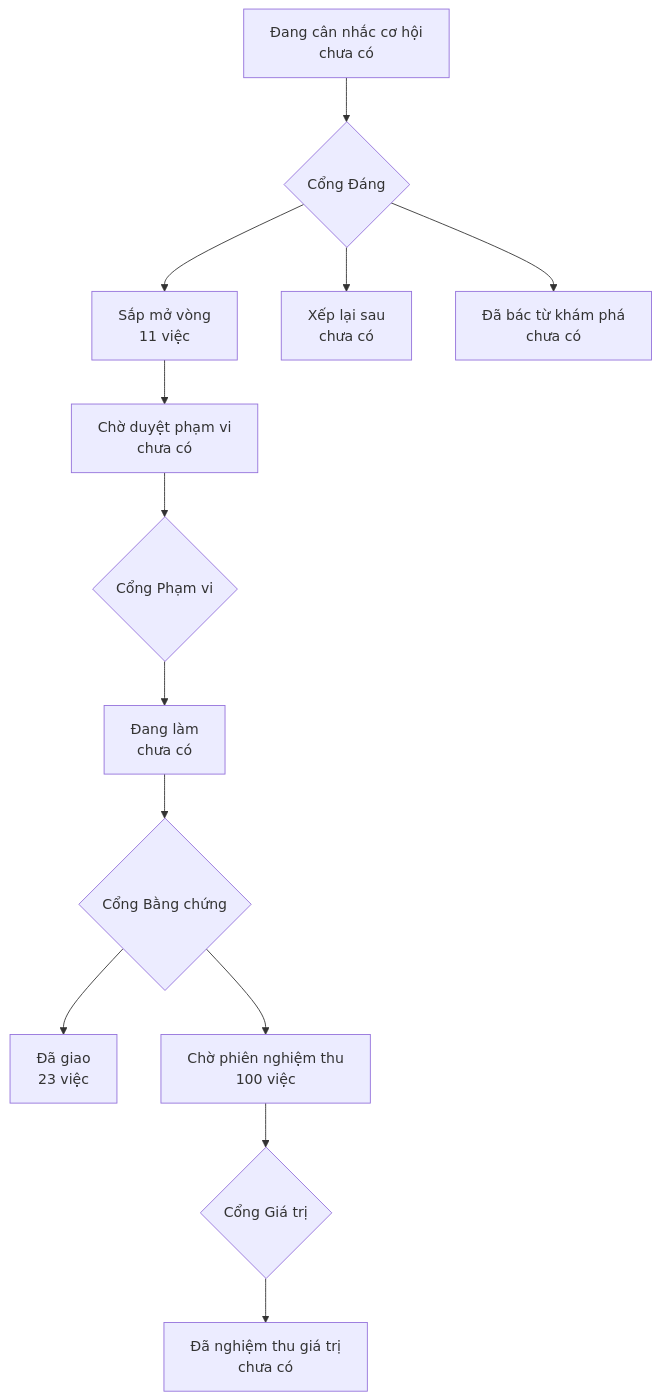
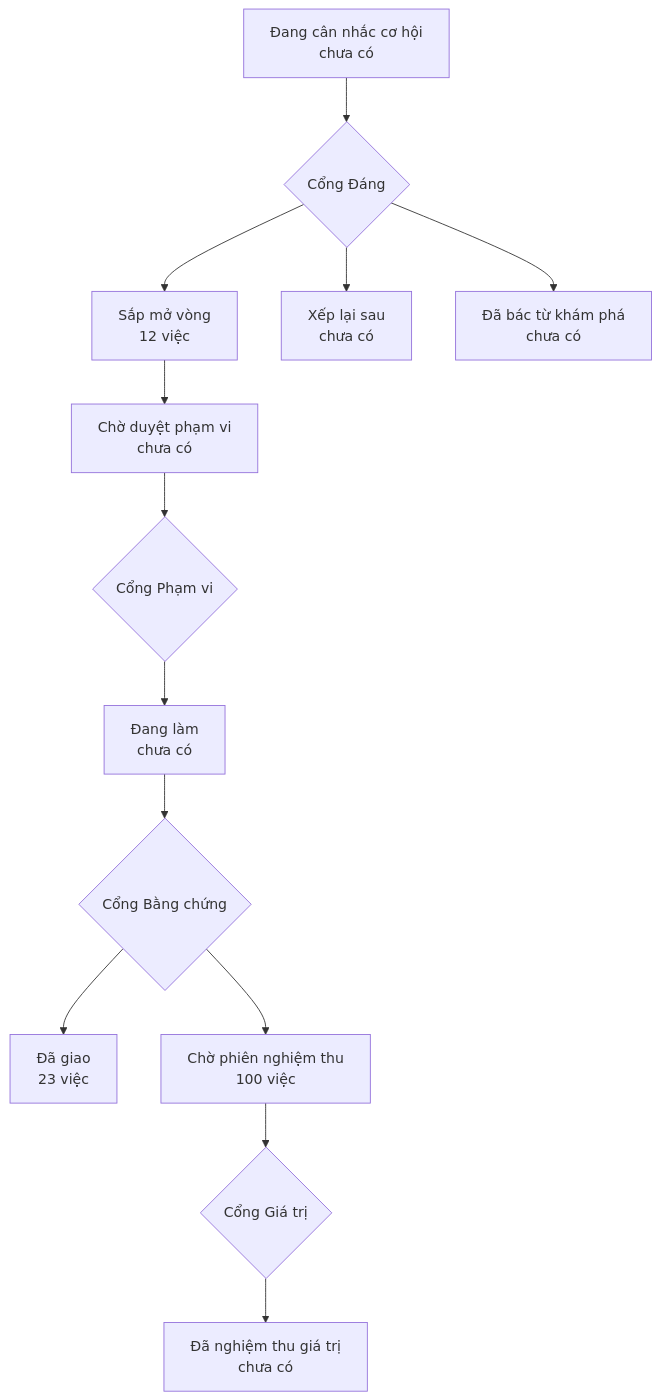
Before and after one commit to phanlemanh/onehub-quy-hang: the diagram in PRODUCT-MAP.md, drawn with Mermaid. The commit also changed other lines of this file and 2 other files, not shown here.

Commit message:
chore(acceptance): chan-trung-ten-gia-tri — Cổng Đáng: build (Manh Phan)

````diff
--- a/PRODUCT-MAP.md
+++ b/PRODUCT-MAP.md
@@ -7,12 +7,12 @@
 ```mermaid
 flowchart TD
   A["Đang cân nhắc cơ hội<br/>chưa có"] --> GD{"Cổng Đáng"}
-  GD --> B["Sắp mở vòng<br/>11 việc"]
+  GD --> B["Sắp mở vòng<br/>12 việc"]
   GD --> XL["Xếp lại sau<br/>chưa có"]
   GD --> DB["Đã bác từ khám phá<br/>chưa có"]
   B --> CD["Chờ duyệt phạm vi<br/>chưa có"] --> GP{"Cổng Phạm vi"}
   GP --> DL["Đang làm<br/>chưa có"] --> GB{"Cổng Bằng chứng"}
   GB --> DG["Đã giao<br/>23 việc"]
   GB --> CN["Chờ phiên nghiệm thu<br/>100 việc"] --> GG{"Cổng Giá trị"}
   GG --> NT["Đã nghiệm thu giá trị<br/>chưa có"]
 ```
````
